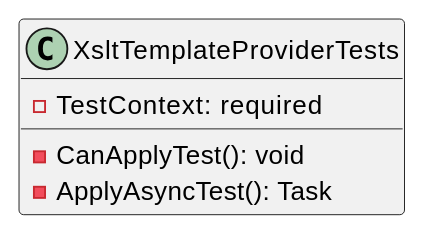
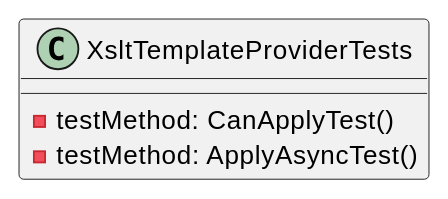
Before and after one commit to mwwhited-forks/dotnet-libs: the third of 5 diagrams in docs/generated/Framework/Eliassen.System.Tests/Text/Templating/Documentation.md, drawn with PlantUML. The commit also changed other lines of this file and 444 other files, not shown here.

````diff
--- a/docs/generated/Framework/Eliassen.System.Tests/Text/Templating/Documentation.md
+++ b/docs/generated/Framework/Eliassen.System.Tests/Text/Templating/Documentation.md
@@ -106,9 +55,8 @@
 ```plantuml
 @startuml
 class XsltTemplateProviderTests {
-    - TestContext: required
-    - CanApplyTest(): void
-    - ApplyAsyncTest(): Task
+  - testMethod: CanApplyTest()
+  - testMethod: ApplyAsyncTest()
 }
 @enduml
 ```
````
